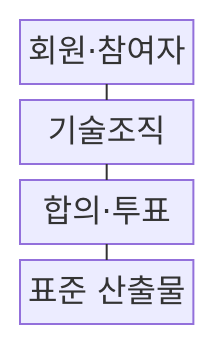
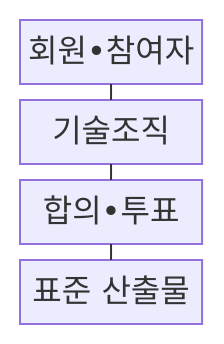
Before and after one commit to agnusdei1207/knowledge-base: the first of 2 diagrams in src/content/docs/notes/07-law-policy/042_international_standards_bodies.md, drawn with Mermaid. The commit also changed other lines of this file and 953 other files, not shown here.

````diff
--- a/src/content/docs/notes/07-law-policy/042_international_standards_bodies.md
+++ b/src/content/docs/notes/07-law-policy/042_international_standards_bodies.md
@@ -67,8 +67,8 @@
 ```mermaid
 block-beta
     columns 1
-    M["회원·참여자"] T["기술조직"] C["합의·투표"] S["표준 산출물"]
+    M["회원•참여자"] T["기술조직"] C["합의•투표"] S["표준 산출물"]
     M --- T
     T --- C
     C --- S
 ```
````
